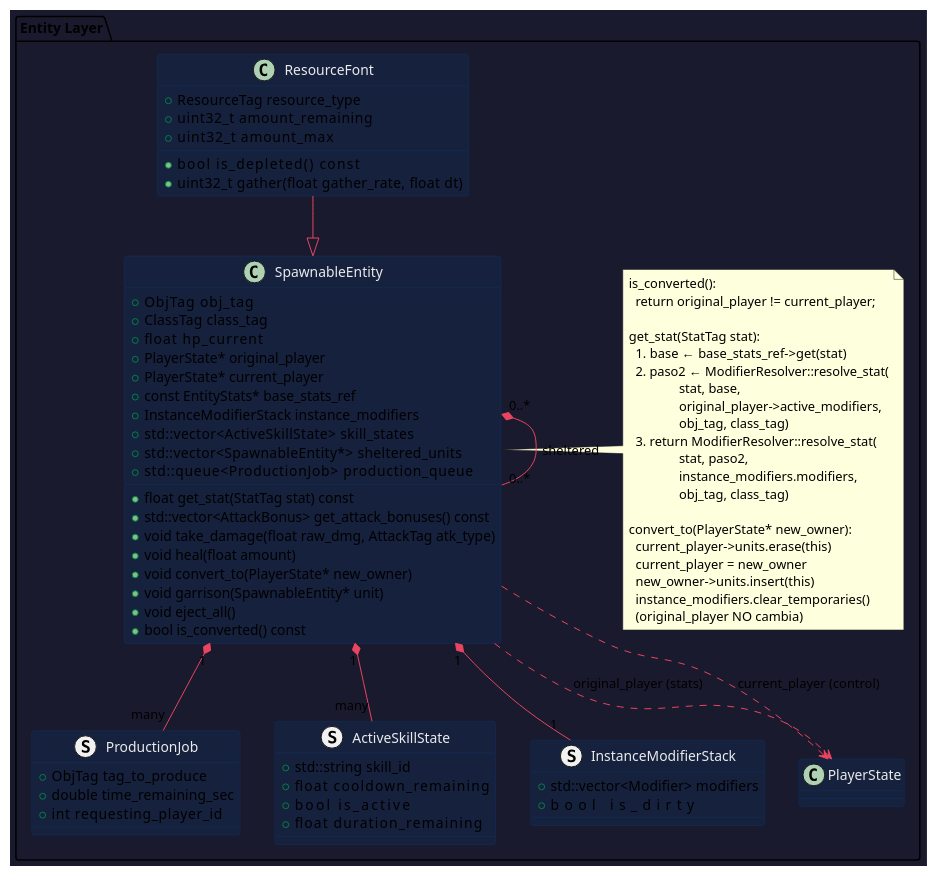
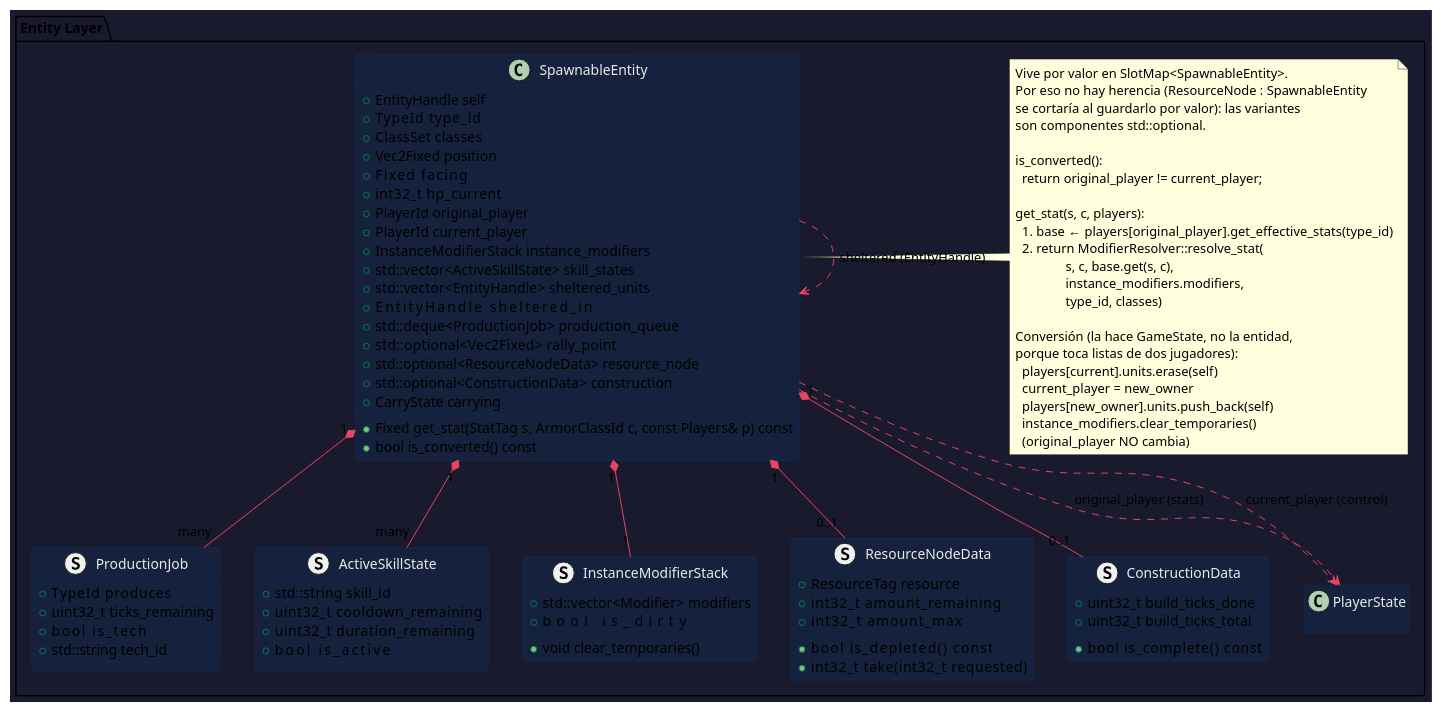
One commit to imanih-code/aoe-clone changed the fifth of 9 diagrams in architecture.md. Above: the diagram before and after it, drawn with PlantUML. The commit also changed other lines of this file and 3 other files, not shown here.

First line of the commit message:
docs: revise design for a C++20/SFML 3 build and add roadmap

````diff
--- a/architecture.md
+++ b/architecture.md
@@ -570,95 +684,106 @@
 package "Entity Layer" {
 
   struct ProductionJob {
-    + ObjTag  tag_to_produce
-    + double  time_remaining_sec
-    + int     requesting_player_id
+    + TypeId    produces
+    + uint32_t  ticks_remaining
+    + bool      is_tech
+    + std::string tech_id
   }
 
   struct ActiveSkillState {
     + std::string  skill_id
-    + float        cooldown_remaining
+    + uint32_t     cooldown_remaining
+    + uint32_t     duration_remaining
     + bool         is_active
-    + float        duration_remaining
   }
 
   struct InstanceModifierStack {
     + std::vector<Modifier>  modifiers
     + bool                   is_dirty
+    + void clear_temporaries()
+  }
+
+  struct ResourceNodeData {
+    + ResourceTag  resource
+    + int32_t      amount_remaining
+    + int32_t      amount_max
+    + bool         is_depleted() const
+    + int32_t      take(int32_t requested)
+  }
+
+  struct ConstructionData {
+    + uint32_t  build_ticks_done
+    + uint32_t  build_ticks_total
+    + bool      is_complete() const
   }
 
   class SpawnableEntity {
-    + ObjTag    obj_tag
-    + ClassTag  class_tag
-    + float     hp_current
-    ' ─── Punteros de dueño ────────────────────────────────
-    + PlayerState* original_player
+    + EntityHandle self
+    + TypeId    type_id
+    + ClassSet  classes
+    ' copia de base_stats.classes (puede cambiar por morph)
+    + Vec2Fixed position
+    + Fixed     facing
+    + int32_t   hp_current
+    ' ─── Dueños ───────────────────────────────────────────
+    + PlayerId original_player
     ' Nunca cambia. Stats siempre se calculan contra este.
-    + PlayerState* current_player
+    + PlayerId current_player
     ' Cambia en conversión. Determina allegiance y control.
-    ' Si original_player == current_player → no fue convertida.
-    ' Si difieren → fue convertida: stats = original_player.
-    ' ─── Referencia a stats base (de la plantilla) ────────
-    + const EntityStats* base_stats_ref
+    ' Los recursos/árboles usan PlayerId::GAIA.
     ' ─── Modificadores solo de esta instancia ─────────────
-    ' (hechizos temporales, bonuses de garrisón, etc.)
     + InstanceModifierStack  instance_modifiers
     ' ─── Habilidades ──────────────────────────────────────
-    + std::vector<ActiveSkillState>     skill_states
+    + std::vector<ActiveSkillState>  skill_states
     ' ─── Garrisón ─────────────────────────────────────────
-    + std::vector<SpawnableEntity*>     sheltered_units
-    ' ─── Cola de producción (para edificios) ──────────────
-    + std::queue<ProductionJob>         production_queue
+    + std::vector<EntityHandle>  sheltered_units
+    + EntityHandle               sheltered_in
+    ' ─── Producción (edificios) ───────────────────────────
+    + std::deque<ProductionJob>  production_queue
+    + std::optional<Vec2Fixed>   rally_point
+    ' ─── Componentes opcionales ───────────────────────────
+    + std::optional<ResourceNodeData> resource_node
+    + std::optional<ConstructionData> construction
+    + CarryState carrying
+    ' recurso y cantidad que lleva un aldeano
     ' ─── Cálculo de stats ─────────────────────────────────
-    + float get_stat(StatTag stat) const
-    + std::vector<AttackBonus> get_attack_bonuses() const
-    ' ─── Acciones básicas ─────────────────────────────────
-    + void take_damage(float raw_dmg, AttackTag atk_type)
-    + void heal(float amount)
-    + void convert_to(PlayerState* new_owner)
-    + void garrison(SpawnableEntity* unit)
-    + void eject_all()
+    + Fixed get_stat(StatTag s, ArmorClassId c, const Players& p) const
     + bool is_converted() const
   }
 
   note right of SpawnableEntity
+    Vive por valor en SlotMap<SpawnableEntity>.
+    Por eso no hay herencia (ResourceNode : SpawnableEntity
+    se cortaría al guardarlo por valor): las variantes
+    son componentes std::optional.
+
     is_converted():
       return original_player != current_player;
 
-    get_stat(StatTag stat):
-      1. base  ← base_stats_ref->get(stat)
-      2. paso2 ← ModifierResolver::resolve_stat(
-                   stat, base,
-                   original_player->active_modifiers,
-                   obj_tag, class_tag)
-      3. return ModifierResolver::resolve_stat(
-                   stat, paso2,
+    get_stat(s, c, players):
+      1. base  ← players[original_player].get_effective_stats(type_id)
+      2. return ModifierResolver::resolve_stat(
+                   s, c, base.get(s, c),
                    instance_modifiers.modifiers,
-                   obj_tag, class_tag)
+                   type_id, classes)
 
-    convert_to(PlayerState* new_owner):
-      current_player->units.erase(this)
+    Conversión (la hace GameState, no la entidad,
+    porque toca listas de dos jugadores):
+      players[current].units.erase(self)
       current_player = new_owner
-      new_owner->units.insert(this)
+      players[new_owner].units.push_back(self)
       instance_modifiers.clear_temporaries()
       (original_player NO cambia)
   end note
 
-  class ResourceFont {
-    + ResourceTag  resource_type
-    + uint32_t     amount_remaining
-    + uint32_t     amount_max
-    + bool         is_depleted() const
-    + uint32_t     gather(float gather_rate, float dt)
-  }
-
-  SpawnableEntity "0..*" *-- "0..*" SpawnableEntity : sheltered
-  SpawnableEntity "1"    *-- "1"    InstanceModifierStack
-  SpawnableEntity "1"    *-- "many" ActiveSkillState
-  SpawnableEntity "1"    *-- "many" ProductionJob
-  SpawnableEntity ..>    PlayerState : original_player (stats)
-  SpawnableEntity ..>    PlayerState : current_player (control)
-  ResourceFont    --|>   SpawnableEntity
+  SpawnableEntity "1" *-- "1"    InstanceModifierStack
+  SpawnableEntity "1" *-- "many" ActiveSkillState
+  SpawnableEntity "1" *-- "many" ProductionJob
+  SpawnableEntity "1" *-- "0..1" ResourceNodeData
+  SpawnableEntity "1" *-- "0..1" ConstructionData
+  SpawnableEntity ..> SpawnableEntity : sheltered (EntityHandle)
+  SpawnableEntity ..> PlayerState : original_player (stats)
+  SpawnableEntity ..> PlayerState : current_player (control)
 }
 @enduml
 ```
````
